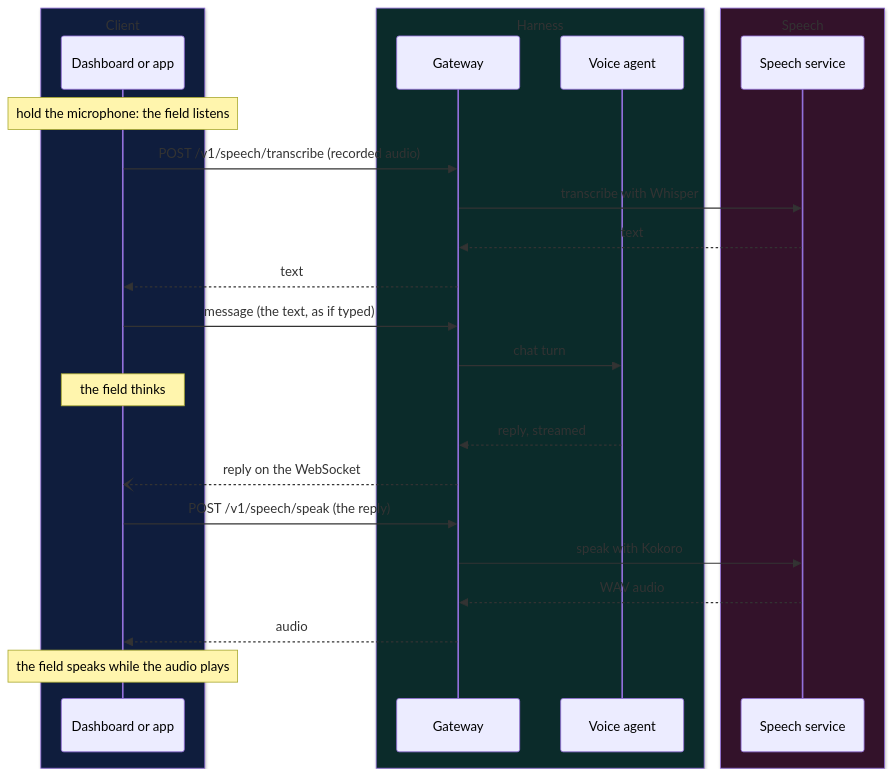
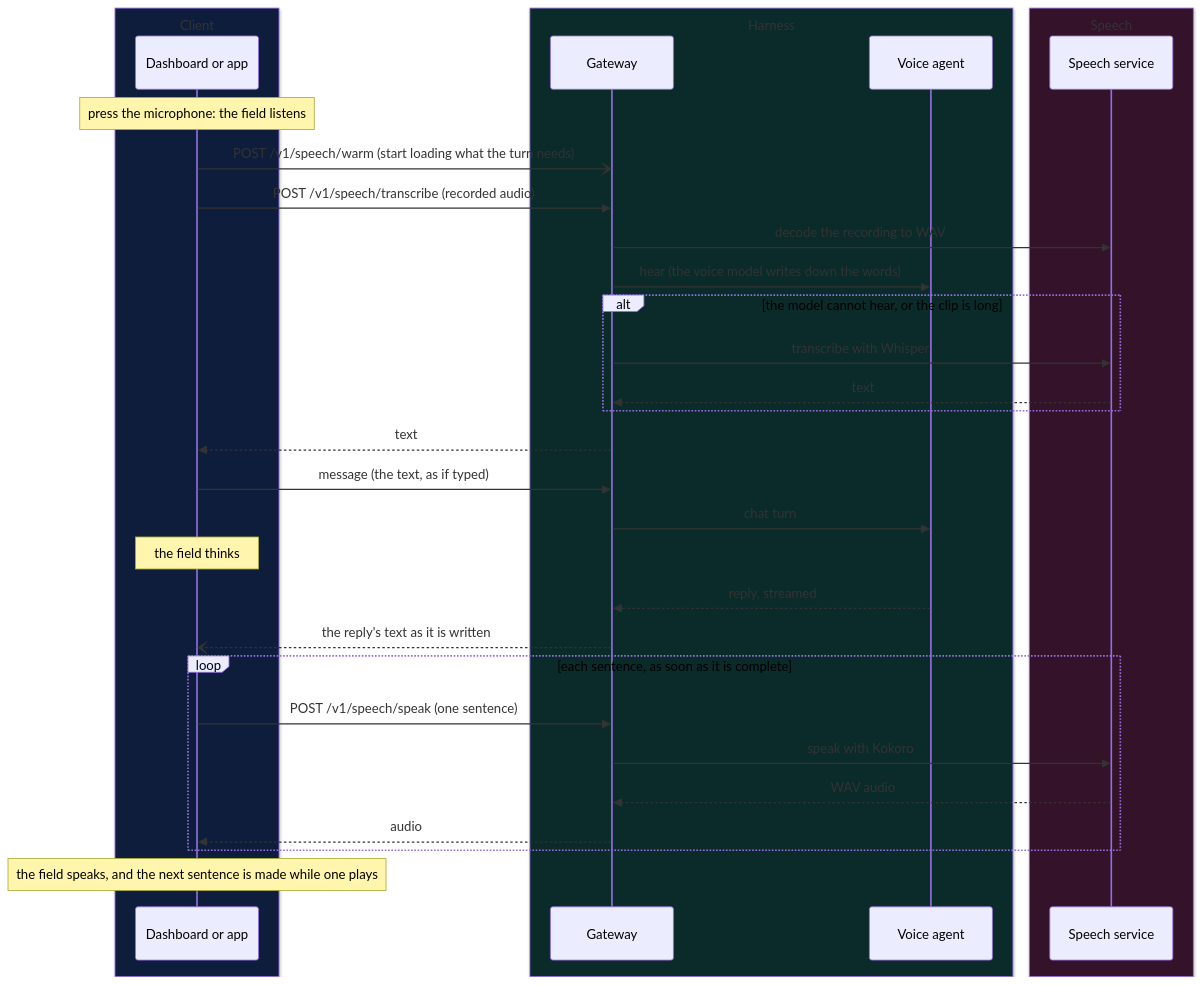
The third of 7 diagrams in docs/FLOWS.md (mugilnimbus/Thursday_V3), drawn with Mermaid before and after one commit. The commit also changed other lines of this file and 296 other files, not shown here.

First line of the commit message:
Thursday v3: hardening, deny list, Android and dashboard updates, architecture model

````diff
--- a/docs/FLOWS.md
+++ b/docs/FLOWS.md
@@ -107,29 +117,36 @@
 ```mermaid
 %% svg: voice-flow
 sequenceDiagram
   box rgb(15,29,61) Client
     participant C as Dashboard or app
   end
   box rgb(11,43,42) Harness
     participant G as Gateway
     participant V as Voice agent
   end
   box rgb(51,18,42) Speech
     participant S as Speech service
   end
-  Note over C: hold the microphone: the field listens
+  Note over C: press the microphone: the field listens
+  C-)G: POST /v1/speech/warm (start loading what the turn needs)
   C->>G: POST /v1/speech/transcribe (recorded audio)
-  G->>S: transcribe with Whisper
-  S-->>G: text
+  G->>S: decode the recording to WAV
+  G->>V: hear (the voice model writes down the words)
+  alt the model cannot hear, or the clip is long
+    G->>S: transcribe with Whisper
+    S-->>G: text
+  end
   G-->>C: text
   C->>G: message (the text, as if typed)
   G->>V: chat turn
   Note over C: the field thinks
   V-->>G: reply, streamed
-  G--)C: reply on the WebSocket
-  C->>G: POST /v1/speech/speak (the reply)
-  G->>S: speak with Kokoro
-  S-->>G: WAV audio
-  G-->>C: audio
-  Note over C: the field speaks while the audio plays
+  G--)C: the reply's text as it is written
+  loop each sentence, as soon as it is complete
+    C->>G: POST /v1/speech/speak (one sentence)
+    G->>S: speak with Kokoro
+    S-->>G: WAV audio
+    G-->>C: audio
+  end
+  Note over C: the field speaks, and the next sentence is made while one plays
 ```
````
